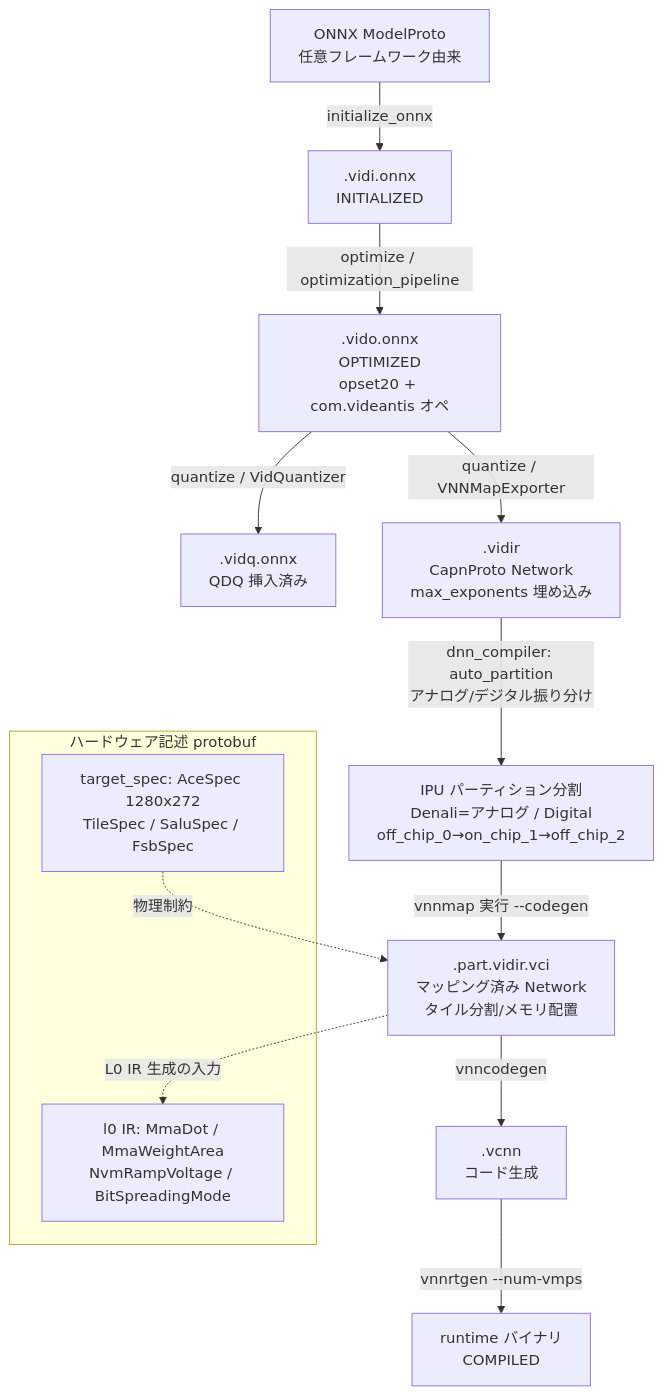
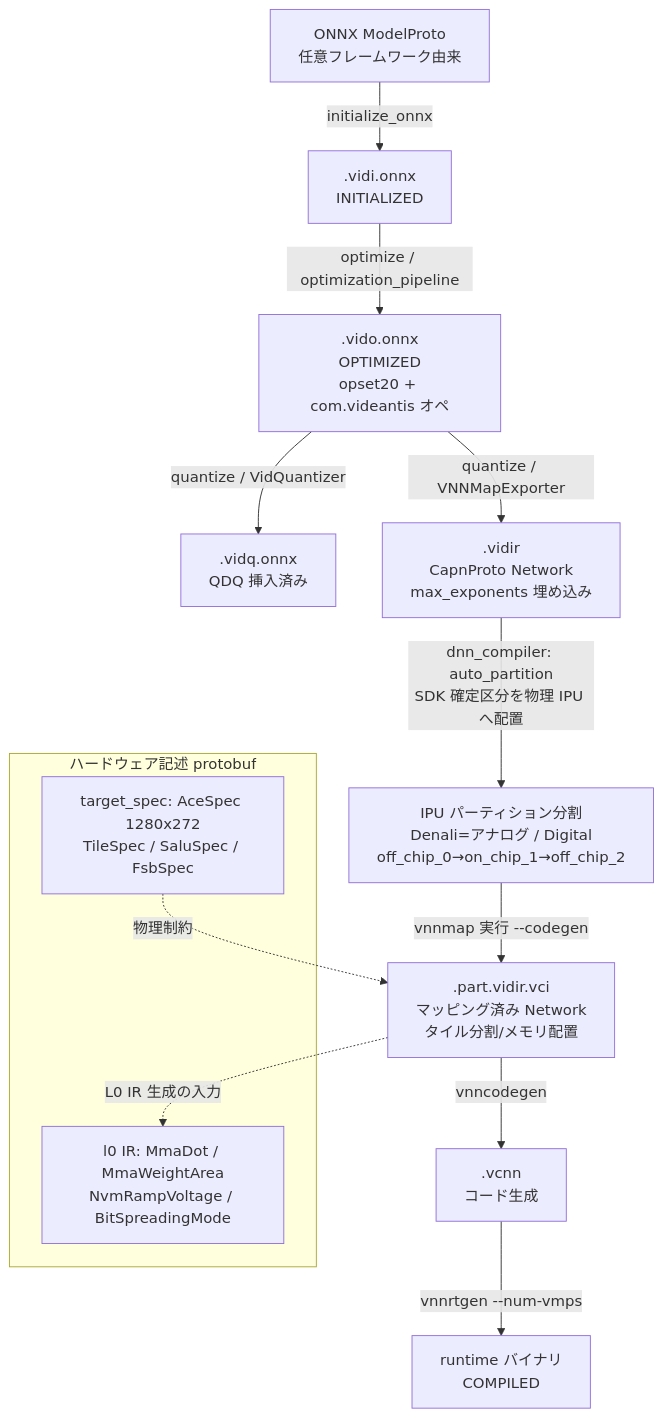
Before and after one commit to ktoshima99/mythic-sdk-exploration: the diagram in doc/reverse-engineering/01_compilation.md, drawn with Mermaid. The commit also changed other lines of this file and 1 other file, not shown here.

First line of the commit message:
Correct analog/digital partition ownership: op-type split is SDK, not compiler

````diff
--- a/doc/reverse-engineering/01_compilation.md
+++ b/doc/reverse-engineering/01_compilation.md
@@ -52,18 +52,18 @@
 ```mermaid
 flowchart TD
     A[ONNX ModelProto<br/>任意フレームワーク由来] -->|initialize_onnx| B[.vidi.onnx<br/>INITIALIZED]
     B -->|optimize / optimization_pipeline| C[.vido.onnx<br/>OPTIMIZED<br/>opset20 + com.videantis オペ]
     C -->|quantize / VidQuantizer| D1[.vidq.onnx<br/>QDQ 挿入済み]
     C -->|quantize / VNNMapExporter| D2[.vidir<br/>CapnProto Network<br/>max_exponents 埋め込み]
-    D2 -->|dnn_compiler: auto_partition<br/>アナログ/デジタル振り分け| DP[IPU パーティション分割<br/>Denali=アナログ / Digital<br/>off_chip_0→on_chip_1→off_chip_2]
+    D2 -->|dnn_compiler: auto_partition<br/>SDK 確定区分を物理 IPU へ配置| DP[IPU パーティション分割<br/>Denali=アナログ / Digital<br/>off_chip_0→on_chip_1→off_chip_2]
     DP -->|vnnmap 実行 --codegen| E[.part.vidir.vci<br/>マッピング済み Network<br/>タイル分割/メモリ配置]
     E -->|vnncodegen| F[.vcnn<br/>コード生成]
     F -->|vnnrtgen --num-vmps| G[runtime バイナリ<br/>COMPILED]
 
     subgraph HW[ハードウェア記述 protobuf]
     H1[target_spec: AceSpec 1280x272<br/>TileSpec / SaluSpec / FsbSpec]
     H2[l0 IR: MmaDot / MmaWeightArea<br/>NvmRampVoltage / BitSpreadingMode]
     end
     E -.L0 IR 生成の入力.-> H2
     H1 -.物理制約.-> E
 ```
````
